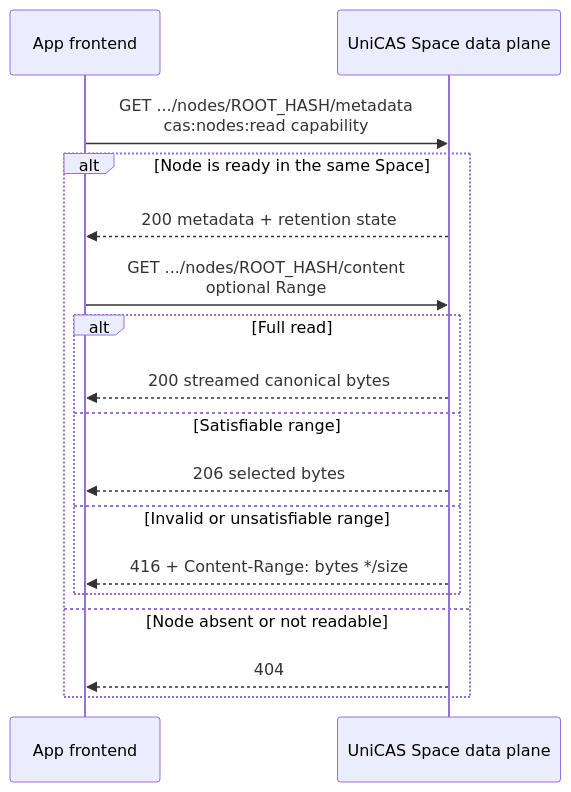
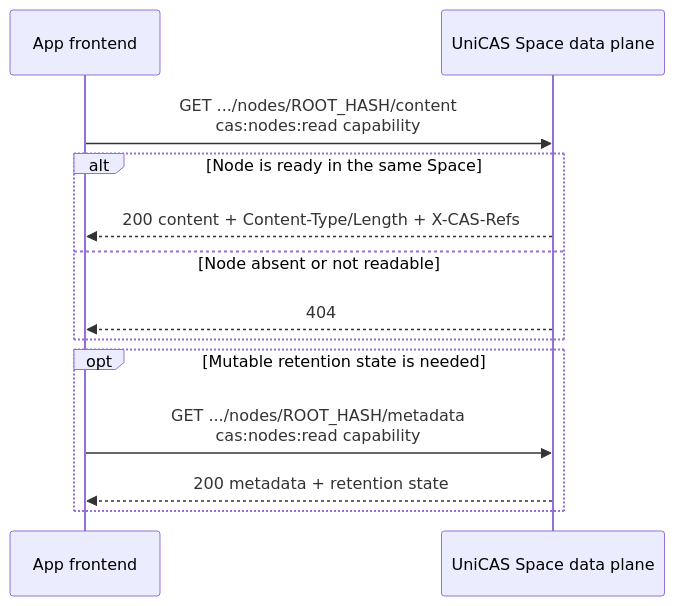
The second of 5 diagrams in packages/docs-site/content/app-user-api/scenarios.md (shazhou-ww/unicas), drawn with Mermaid before and after one commit. The commit also changed other lines of this file and 37 other files, not shown here.

````diff
--- a/packages/docs-site/content/app-user-api/scenarios.md
+++ b/packages/docs-site/content/app-user-api/scenarios.md
@@ -42,20 +45,16 @@
 ```mermaid
 sequenceDiagram
     participant UI as App frontend
     participant CAS as UniCAS Space data plane
 
-    UI->>CAS: GET .../nodes/ROOT_HASH/metadata<br/>cas:nodes:read capability
+    UI->>CAS: GET .../nodes/ROOT_HASH/content<br/>cas:nodes:read capability
     alt Node is ready in the same Space
-        CAS-->>UI: 200 metadata + retention state
-        UI->>CAS: GET .../nodes/ROOT_HASH/content<br/>optional Range
-        alt Full read
-            CAS-->>UI: 200 streamed canonical bytes
-        else Satisfiable range
-            CAS-->>UI: 206 selected bytes
-        else Invalid or unsatisfiable range
-            CAS-->>UI: 416 + Content-Range: bytes */size
-        end
+        CAS-->>UI: 200 content + Content-Type/Length + X-CAS-Refs
     else Node absent or not readable
         CAS-->>UI: 404
     end
+    opt Mutable retention state is needed
+        UI->>CAS: GET .../nodes/ROOT_HASH/metadata<br/>cas:nodes:read capability
+        CAS-->>UI: 200 metadata + retention state
+    end
 ```
````
